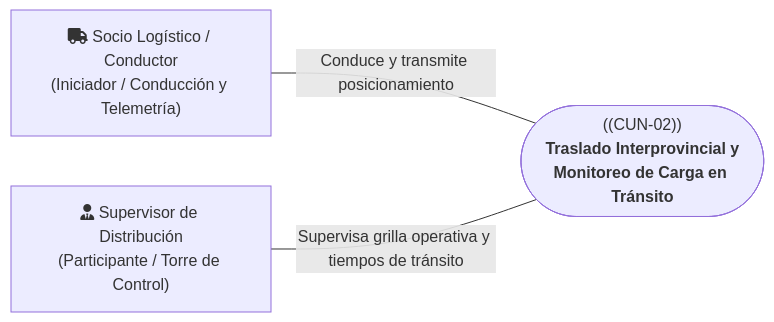
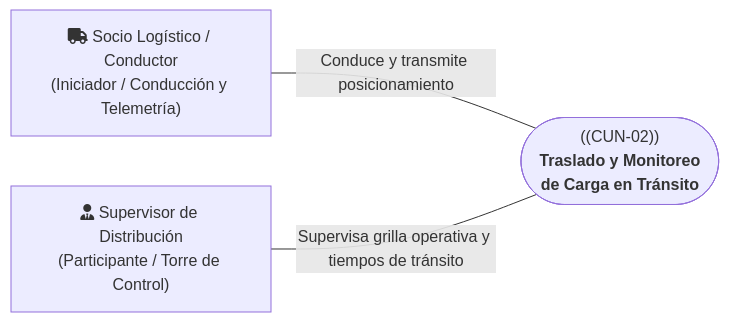
The first of 2 diagrams in Diagrama de Casos de Uso del Negocio (CUN)/03_CUN_02_TRASLADO_Y_MONITOREO.md (SaraviaH/arq-emp), drawn with Mermaid before and after one commit. The commit also changed other lines of this file and 49 other files, not shown here.

````diff
--- a/Diagrama de Casos de Uso del Negocio (CUN)/03_CUN_02_TRASLADO_Y_MONITOREO.md
+++ b/Diagrama de Casos de Uso del Negocio (CUN)/03_CUN_02_TRASLADO_Y_MONITOREO.md
@@ -30,9 +30,9 @@
 ```mermaid
 flowchart LR
     SL["fa:fa-truck Socio Logístico / Conductor<br/>(Iniciador / Conducción y Telemetría)"]
     SUP["fa:fa-user-tie Supervisor de Distribución<br/>(Participante / Torre de Control)"]
-    CUN02(["((CUN-02))<br/><b>Traslado Interprovincial y<br/>Monitoreo de Carga en Tránsito</b>"])
+    CUN02(["((CUN-02))<br/><b>Traslado y Monitoreo<br/>de Carga en Tránsito</b>"])
 
     SL ---|Conduce y transmite posicionamiento| CUN02
     SUP ---|Supervisa grilla operativa y tiempos de tránsito| CUN02
 ```
````
